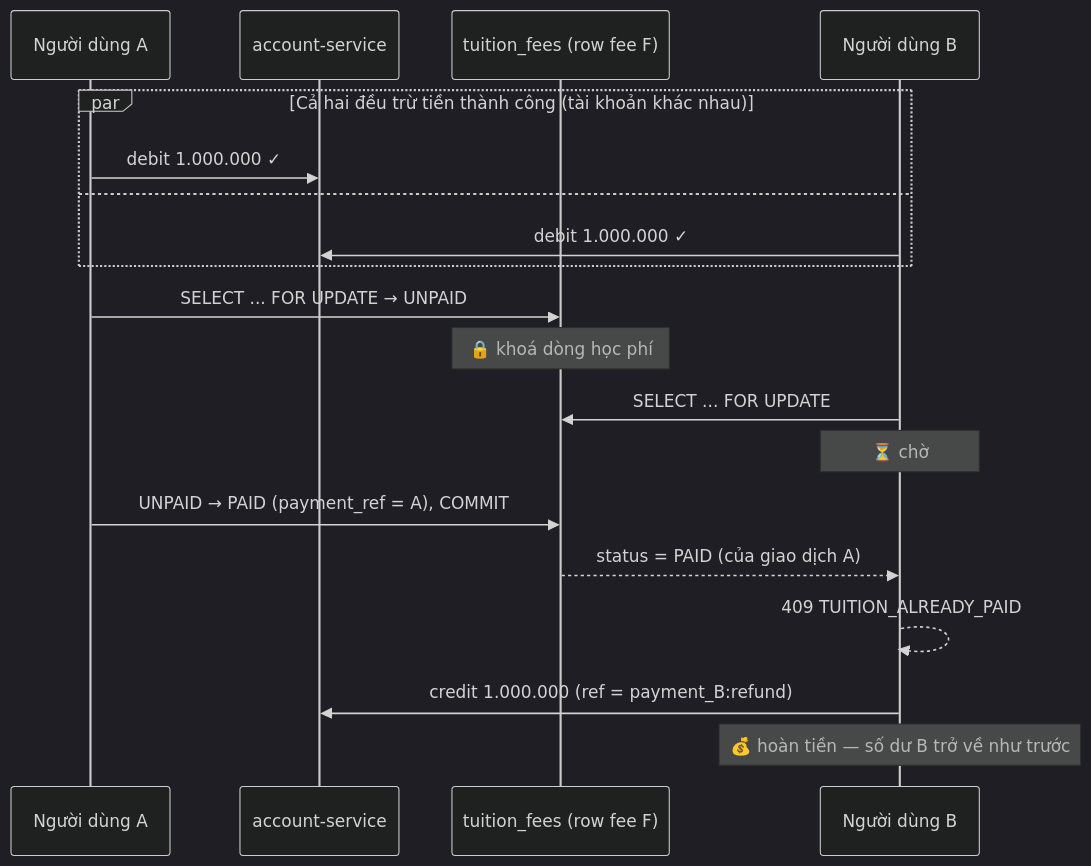
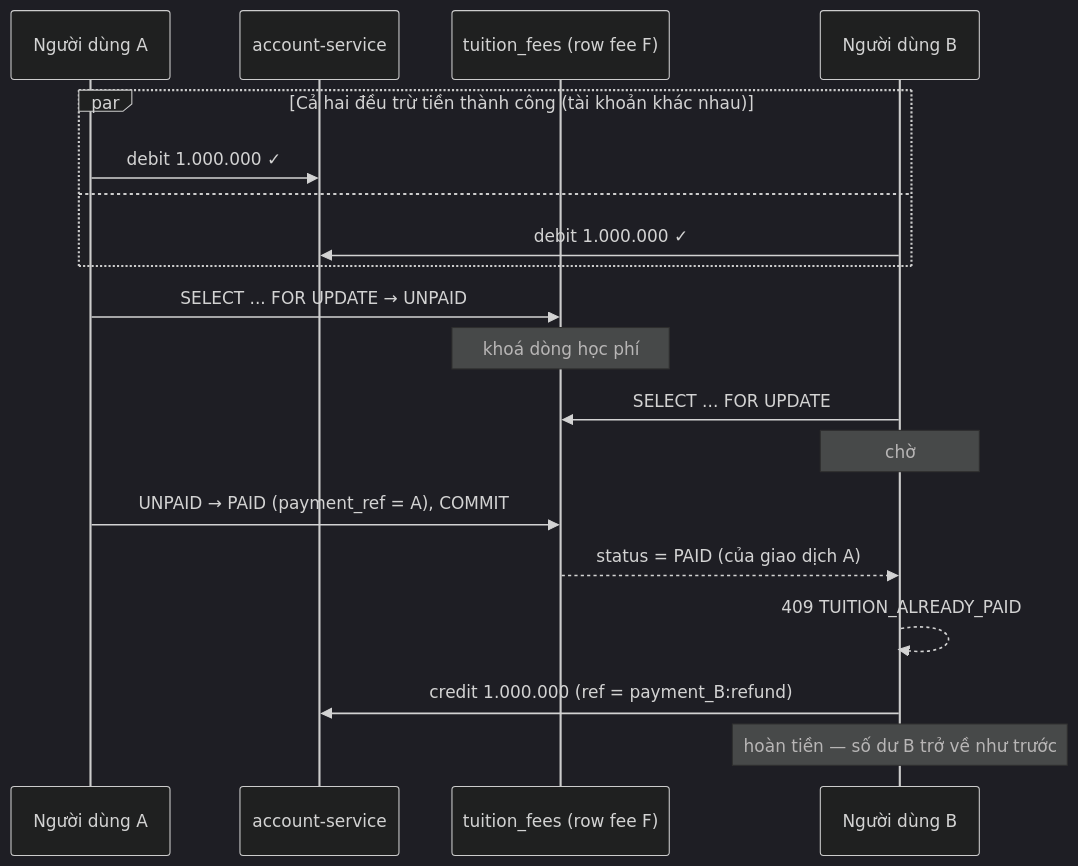
One commit to vincentminhkarma/soa-ibanking-hoc-phi changed the third of 3 diagrams in docs/04-transaction-concurrency.md. Above: the diagram before and after it, drawn with Mermaid (dark theme). The commit also changed other lines of this file and 9 other files, not shown here.

First line of the commit message:
Hoàn thiện tài liệu và báo cáo trước khi nộp

````diff
--- a/docs/04-transaction-concurrency.md
+++ b/docs/04-transaction-concurrency.md
@@ -123,23 +123,23 @@
 ```mermaid
 sequenceDiagram
     participant A as Người dùng A
     participant ACC as account-service
     participant TUI as tuition_fees (row fee F)
     participant B as Người dùng B
 
     par Cả hai đều trừ tiền thành công (tài khoản khác nhau)
         A->>ACC: debit 1.000.000 ✓
     and
         B->>ACC: debit 1.000.000 ✓
     end
 
     A->>TUI: SELECT ... FOR UPDATE → UNPAID
-    Note over TUI: 🔒 khoá dòng học phí
+    Note over TUI: khoá dòng học phí
     B->>TUI: SELECT ... FOR UPDATE
-    Note over B: ⏳ chờ
+    Note over B: chờ
     A->>TUI: UNPAID → PAID (payment_ref = A), COMMIT
     TUI-->>B: status = PAID (của giao dịch A)
     B-->>B: 409 TUITION_ALREADY_PAID
     B->>ACC: credit 1.000.000 (ref = payment_B:refund)
-    Note over B: 💰 hoàn tiền — số dư B trở về như trước
+    Note over B: hoàn tiền — số dư B trở về như trước
 ```
````
